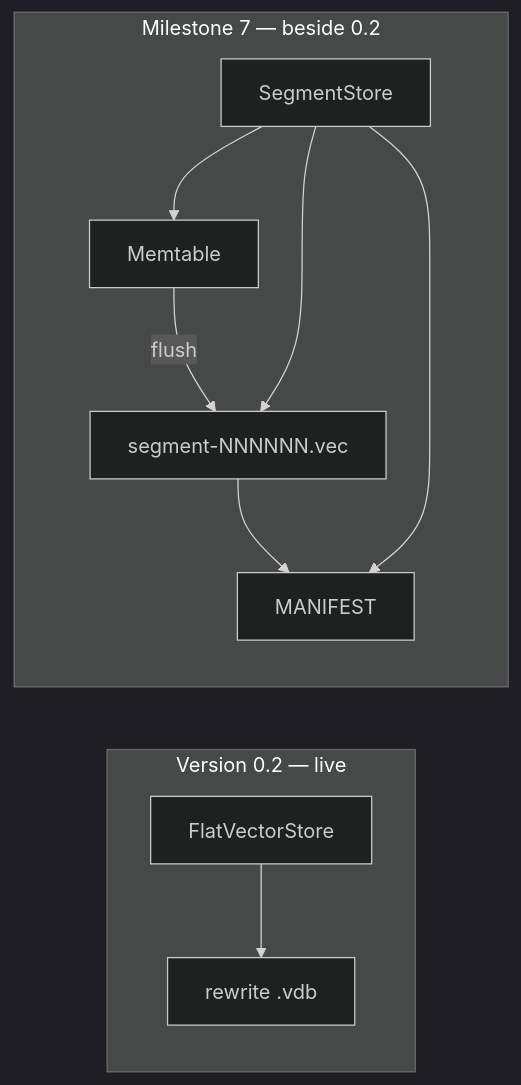
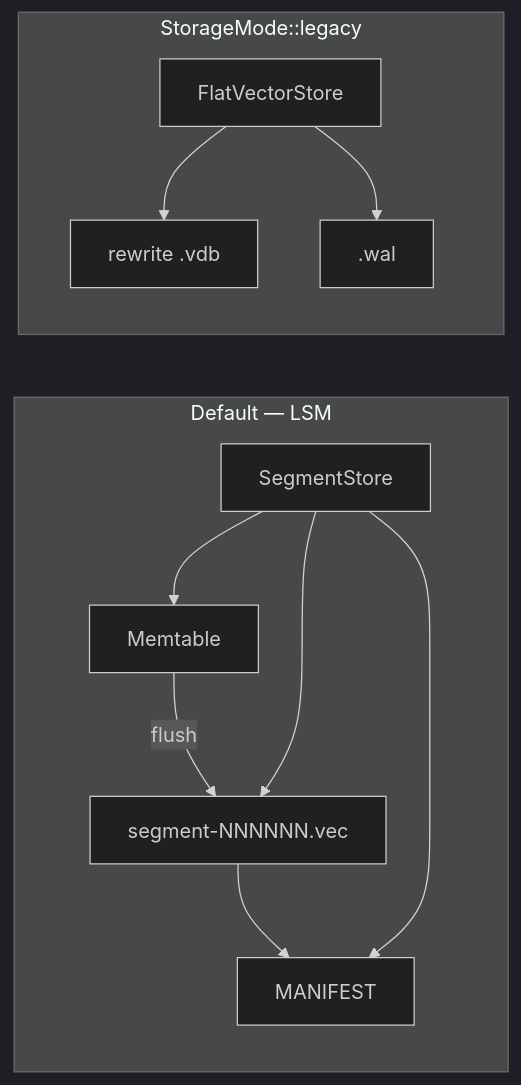
The sixth of 6 diagrams in README.md (Kumario1/vectorDB), drawn with Mermaid (dark theme) before and after one commit. The commit also changed other lines of this file and 12 other files, not shown here.

First line of the commit message:
feat: make SegmentStore the default VectorDB backend

````diff
--- a/README.md
+++ b/README.md
@@ -453,14 +448,15 @@
 ```mermaid
 flowchart LR
-  subgraph today["Version 0.2 — live"]
-    ram["FlatVectorStore"] --> vdb["rewrite .vdb"]
-  end
-
-  subgraph m7["Milestone 7 — beside 0.2"]
+  subgraph lsm["Default — LSM"]
     mt["Memtable"] -->|"flush"| seg["segment-NNNNNN.vec"]
     seg --> man["MANIFEST"]
     ss["SegmentStore"] --> mt
     ss --> man
     ss --> seg
   end
+
+  subgraph legacy["StorageMode::legacy"]
+    ram["FlatVectorStore"] --> vdb["rewrite .vdb"]
+    ram --> wal[".wal"]
+  end
 ```
````
